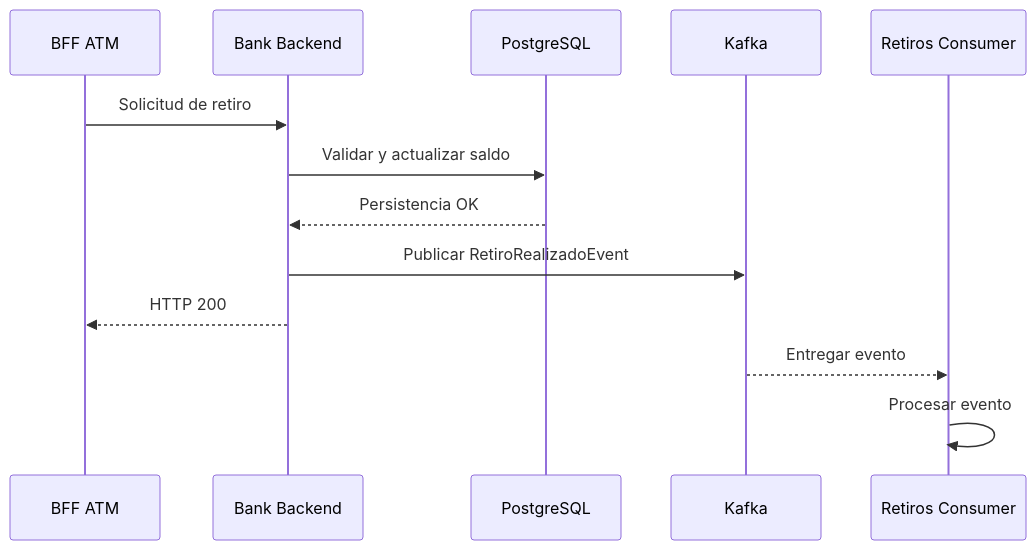
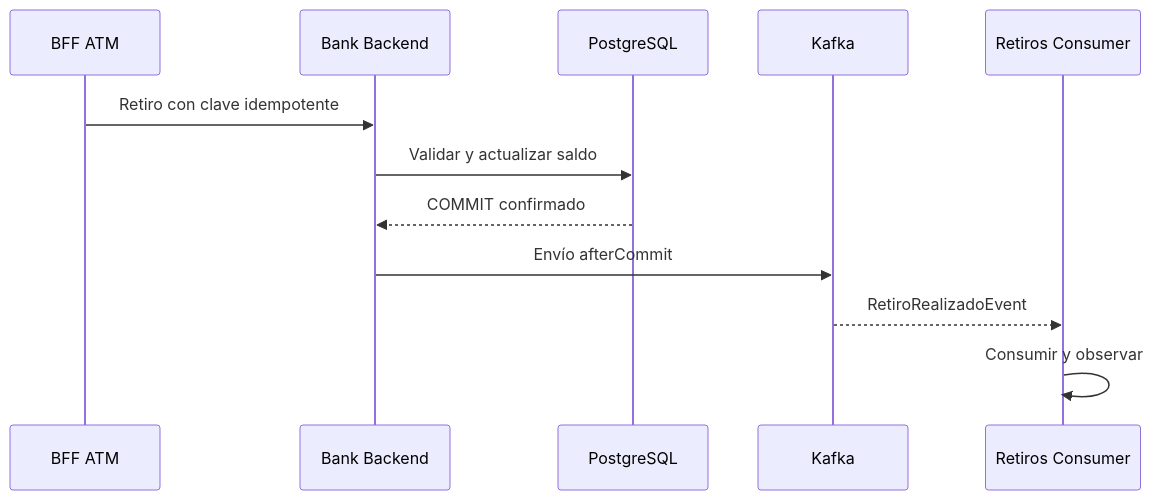
The third of 3 diagrams in Propuesta_Tecnica.md (LadyRed145/bancoxyzbatch), drawn with Mermaid before and after one commit. The commit also changed other lines of this file and 9 other files, not shown here.

````diff
--- a/Propuesta_Tecnica.md
+++ b/Propuesta_Tecnica.md
@@ -173,16 +197,15 @@
 ```mermaid
 sequenceDiagram
     participant ATM as BFF ATM
     participant BE as Bank Backend
     participant DB as PostgreSQL
     participant K as Kafka
     participant RC as Retiros Consumer
 
-    ATM->>BE: Solicitud de retiro
+    ATM->>BE: Retiro con clave idempotente
     BE->>DB: Validar y actualizar saldo
-    DB-->>BE: Persistencia OK
-    BE->>K: Publicar RetiroRealizadoEvent
-    BE-->>ATM: HTTP 200
-    K-->>RC: Entregar evento
-    RC->>RC: Procesar evento
+    DB-->>BE: COMMIT confirmado
+    BE->>K: Envío afterCommit
+    K-->>RC: RetiroRealizadoEvent
+    RC->>RC: Consumir y observar
 ```
````
